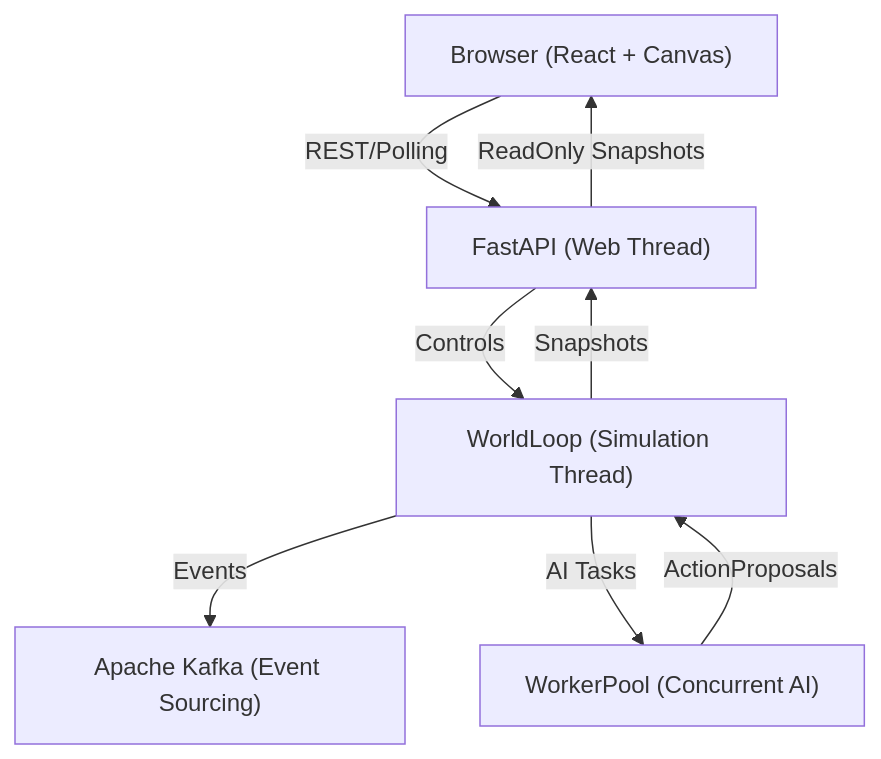
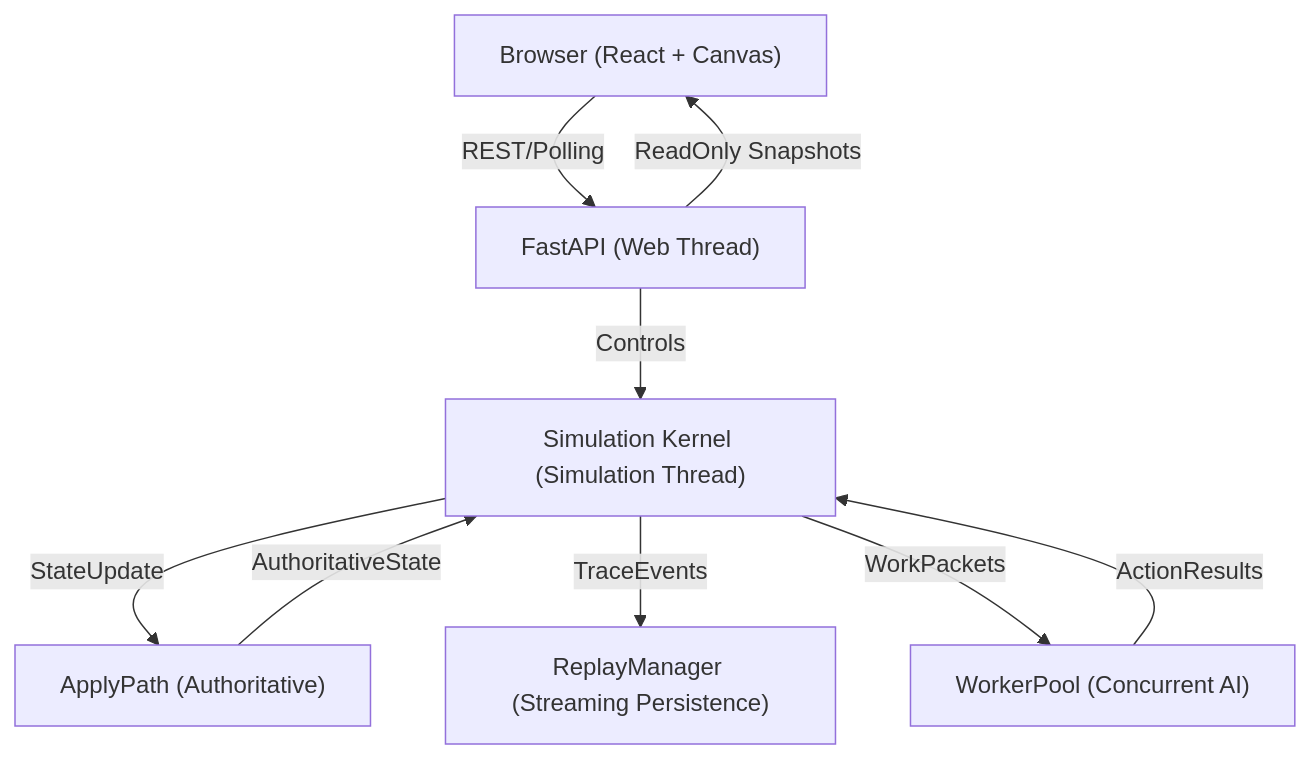
One commit to ttnhan18062000/rpg-based-simulation changed the diagram in docs/architecture.md. Above: the diagram before and after it, drawn with Mermaid. The commit also changed other lines of this file and 160 other files, not shown here.

````diff
--- a/docs/architecture.md
+++ b/docs/architecture.md
@@ -13,12 +13,13 @@
 ```mermaid
 graph TD
     Client["Browser (React + Canvas)"] -- REST/Polling --> API["FastAPI (Web Thread)"]
     API -- "ReadOnly Snapshots" --> Client
     
-    API -- Controls --> Engine["WorldLoop (Simulation Thread)"]
-    Engine -- Snapshots --> API
+    API -- Controls --> Kernel["Simulation Kernel (Simulation Thread)"]
+    Kernel -- StateUpdate --> ApplyPath["ApplyPath (Authoritative)"]
+    ApplyPath -- AuthoritativeState --> Kernel
     
-    Engine -- Events --> Kafka["Apache Kafka (Event Sourcing)"]
-    Engine -- AI Tasks --> WorkerPool["WorkerPool (Concurrent AI)"]
-    WorkerPool -- "ActionProposals" --> Engine
+    Kernel -- TraceEvents --> Replay["ReplayManager (Streaming Persistence)"]
+    Kernel -- WorkPackets --> WorkerPool["WorkerPool (Concurrent AI)"]
+    WorkerPool -- "ActionResults" --> Kernel
 ```
````
